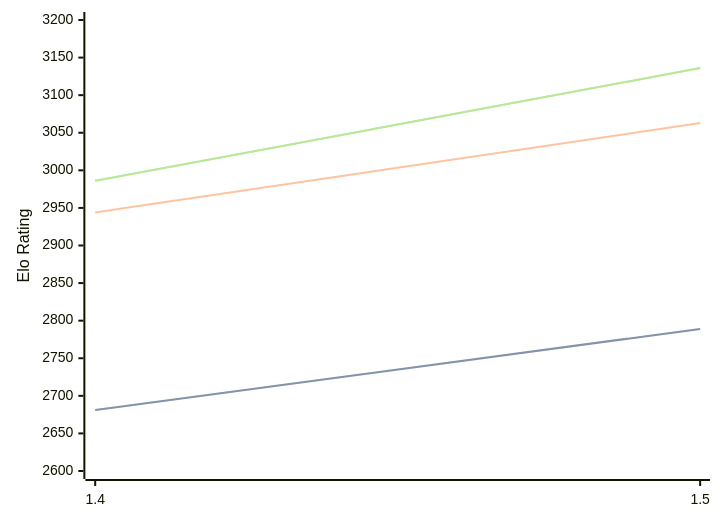
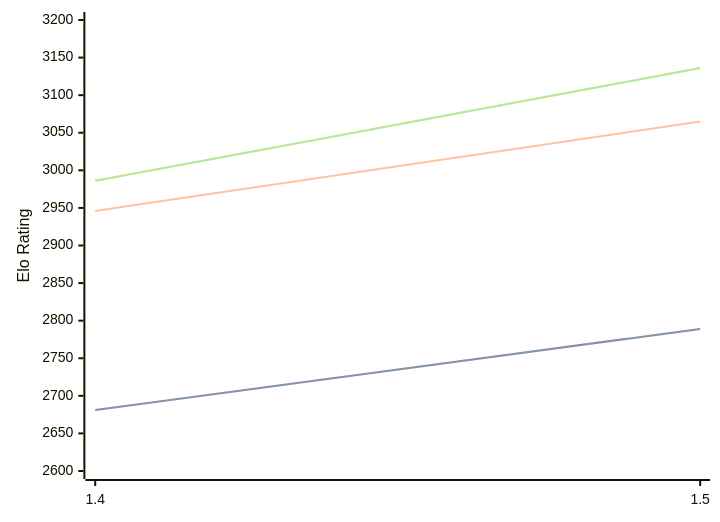
The diagram in engines/Yakka.md (computer-chess-index/cci), drawn with Mermaid before and after one commit. The commit also changed other lines of this file, not shown here.

````diff
--- a/engines/Yakka.md
+++ b/engines/Yakka.md
@@ -36,11 +36,11 @@
 ```mermaid
 %%{init: {"theme":"base","themeVariables":{"seriesColors:['#a3a3a3','#222221','#faa371']}}}%%
 xychart-beta
   x-axis ["1.4", "1.5"]
   y-axis "Elo Rating" 2600 --> 3200
   line "STC (8.0+0.08s)" [2681, 2789]
   line "STC (8.0+0.08s)" [2681, 2789]
-  line "LTC (60.0+0.60s)" [2944, 3063]
+  line "LTC (60.0+0.60s)" [2946, 3065]
   line "VLTC (2m24s+1.12s)" [2986, 3136]
   line "VLTC (2m24s+1.12s)" [2986, 3136]
 ```
````
